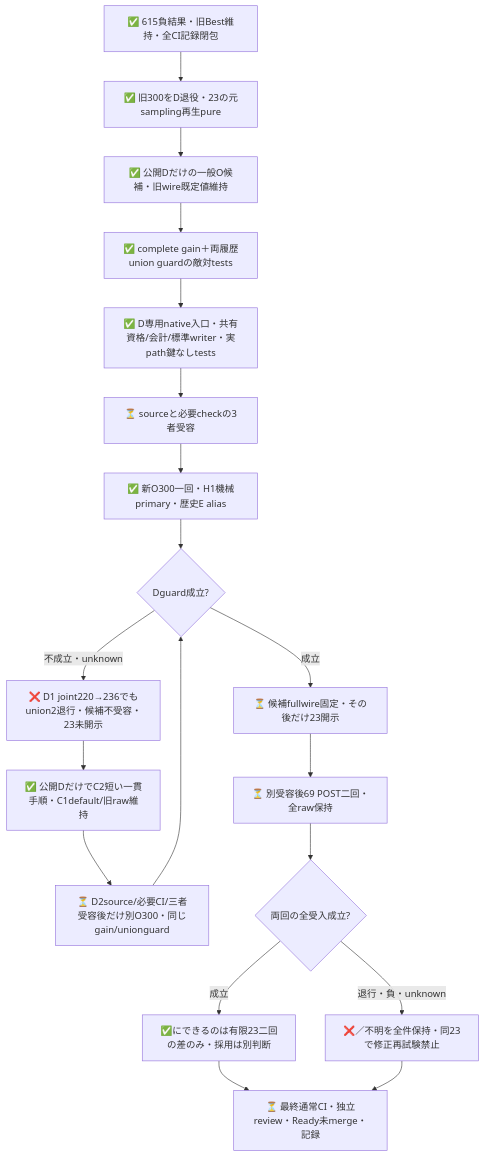
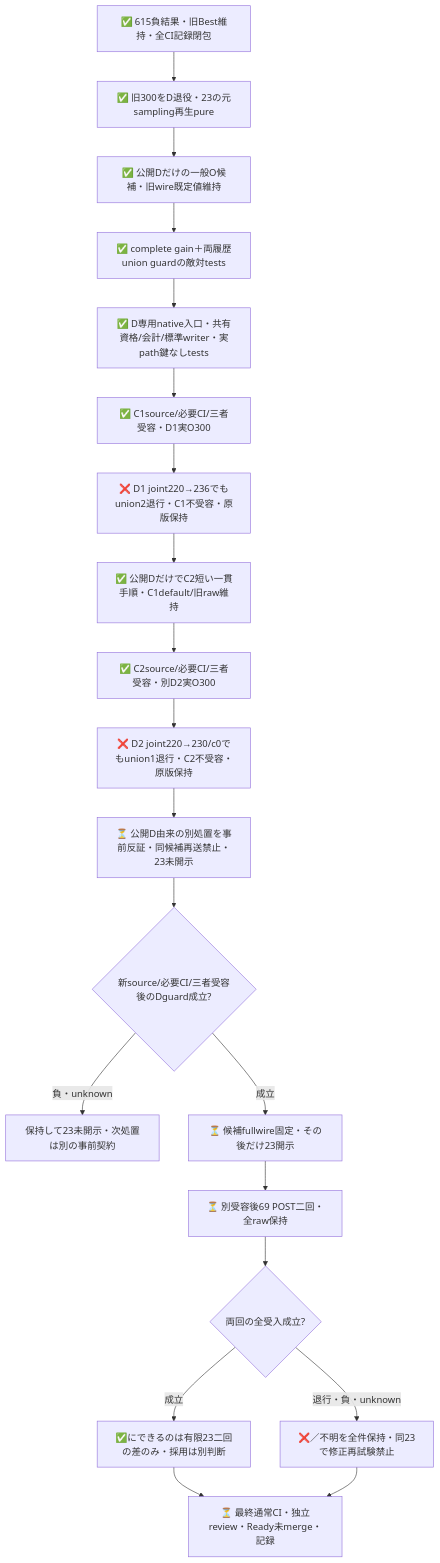
Before and after one commit to roccho-org/ops: the second of 2 diagrams in experiments/sys1-eval-loop/reserve/README.md, drawn with Mermaid. The commit also changed other lines of this file and 8 other files, not shown here.

````diff
--- a/experiments/sys1-eval-loop/reserve/README.md
+++ b/experiments/sys1-eval-loop/reserve/README.md
@@ -54,21 +60,22 @@
 ```mermaid
 flowchart TB
   OLD[✅ 615負結果・旧Best維持・全CI記録閉包] --> D[✅ 旧300をD退役・23の元sampling再生pure]
   D --> C[✅ 公開Dだけの一般O候補・旧wire既定値維持]
   C --> T[✅ complete gain＋両履歴union guardの敵対tests]
   T --> ENTRY[✅ D専用native入口・共有資格/会計/標準writer・実path鍵なしtests]
-  ENTRY --> REVIEW[⏳ sourceと必要checkの3者受容]
-  REVIEW --> LIVE[✅ 新O300一回・H1機械primary・歴史E alias]
-  LIVE --> G{Dguard成立?}
-  G -->|不成立・unknown| STOP[❌ D1 joint220→236でもunion2退行・候補不受容・23未開示]
+  ENTRY --> LIVE[✅ C1source/必要CI/三者受容・D1実O300]
+  LIVE --> STOP[❌ D1 joint220→236でもunion2退行・C1不受容・原版保持]
   STOP --> NEXT[✅ 公開DだけでC2短い一貫手順・C1default/旧raw維持]
-  NEXT --> D2[⏳ D2source/必要CI/三者受容後だけ別O300・同じgain/unionguard]
-  D2 --> G
+  NEXT --> D2[✅ C2source/必要CI/三者受容・別D2実O300]
+  D2 --> STOP2[❌ D2 joint220→230/c0でもunion1退行・C2不受容・原版保持]
+  STOP2 --> NEW[⏳ 公開D由来の別処置を事前反証・同候補再送禁止・23未開示]
+  NEW --> G{新source/必要CI/三者受容後のDguard成立?}
+  G -->|負・unknown| HOLD[保持して23未開示・次処置は別の事前契約]
   G -->|成立| FREEZE[⏳ 候補fullwire固定・その後だけ23開示]
   FREEZE --> H[⏳ 別受容後69 POST二回・全raw保持]
   H --> A{両回の全受入成立?}
   A -->|成立| FIN[✅にできるのは有限23二回の差のみ・採用は別判断]
   A -->|退行・負・unknown| NEG[❌／不明を全件保持・同23で修正再試験禁止]
   FIN --> CLOSE[⏳ 最終通常CI・独立review・Ready未merge・記録]
   NEG --> CLOSE
 ```
````
